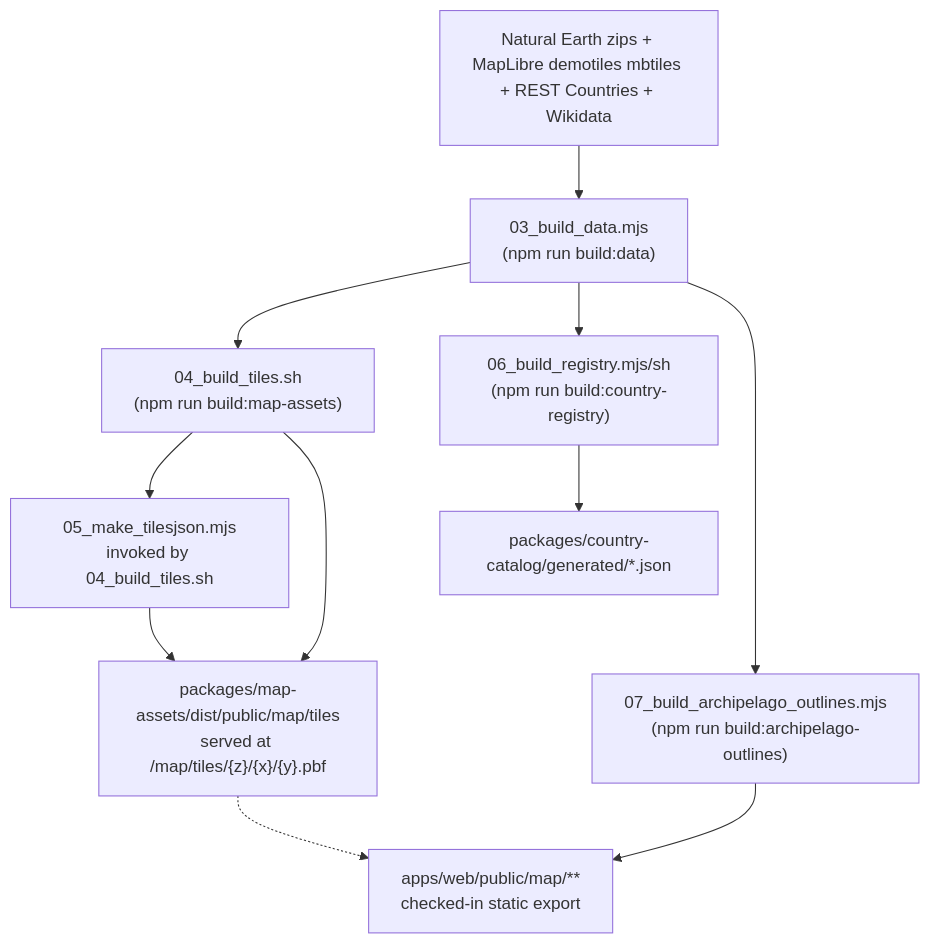
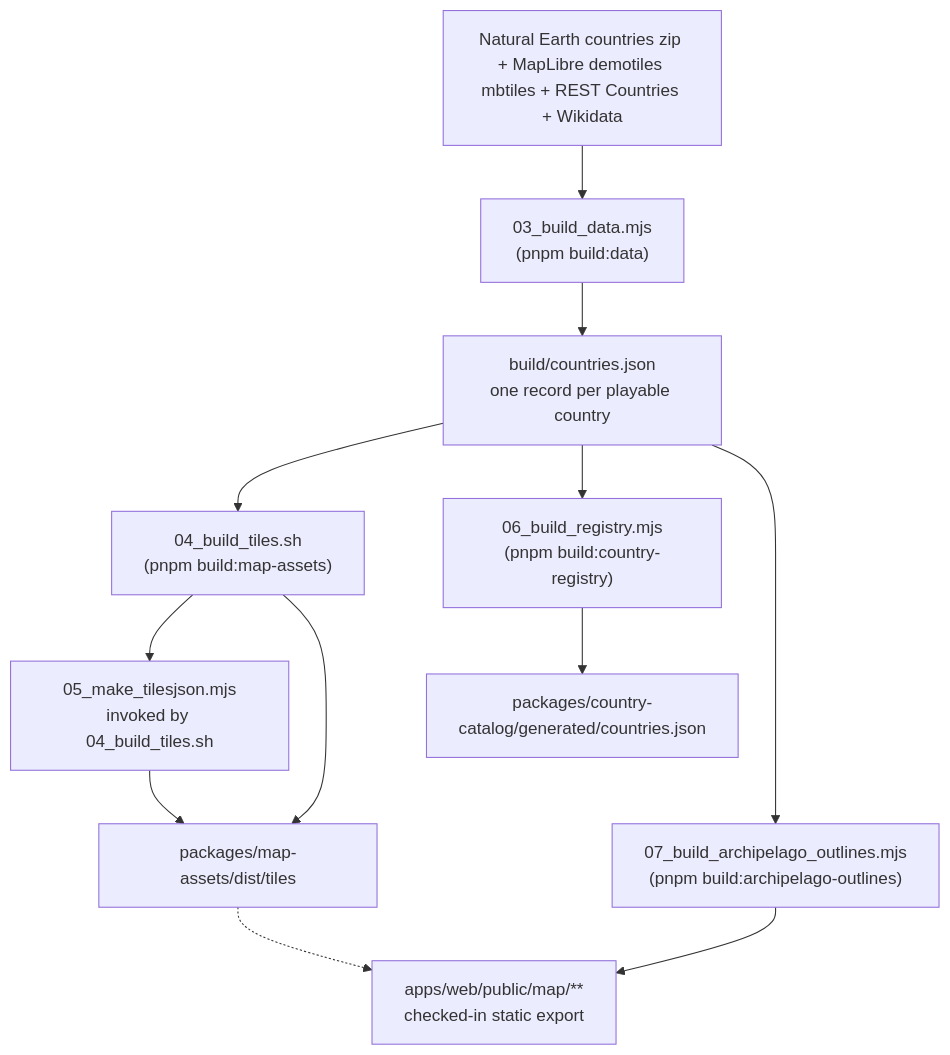
The diagram in docs/architecture/data-pipeline.md (atamuratov07/georally-game), drawn with Mermaid before and after one commit. The commit also changed other lines of this file and 3472 other files, not shown here.

Commit message:
feat(country-build): build one validated record per country with full names, map labels and currency symbols

````diff
--- a/docs/architecture/data-pipeline.md
+++ b/docs/architecture/data-pipeline.md
@@ -5,23 +5,25 @@
 ```mermaid
 graph TD
-    Upstream["Natural Earth zips + MapLibre demotiles mbtiles + REST Countries + Wikidata"]
-    BuildData["03_build_data.mjs<br/>(npm run build:data)"]
-    BuildTiles["04_build_tiles.sh<br/>(npm run build:map-assets)"]
+    Upstream["Natural Earth countries zip + MapLibre demotiles mbtiles + REST Countries + Wikidata"]
+    BuildData["03_build_data.mjs<br/>(pnpm build:data)"]
+    Countries["build/countries.json<br/>one record per playable country"]
+    BuildTiles["04_build_tiles.sh<br/>(pnpm build:map-assets)"]
     TileJson["05_make_tilesjson.mjs<br/>invoked by 04_build_tiles.sh"]
-    BuildRegistry["06_build_registry.mjs/sh<br/>(npm run build:country-registry)"]
-    CatalogJson["packages/country-catalog/generated/*.json"]
-    BuildOutlines["07_build_archipelago_outlines.mjs<br/>(npm run build:archipelago-outlines)"]
-    Assets["packages/map-assets/dist/public/map/tiles<br/>served at /map/tiles/{z}/{x}/{y}.pbf"]
+    BuildRegistry["06_build_registry.mjs<br/>(pnpm build:country-registry)"]
+    CatalogJson["packages/country-catalog/generated/countries.json"]
+    BuildOutlines["07_build_archipelago_outlines.mjs<br/>(pnpm build:archipelago-outlines)"]
+    Assets["packages/map-assets/dist/tiles"]
     WebMap["apps/web/public/map/**<br/>checked-in static export"]
 
     Upstream --> BuildData
-    BuildData --> BuildTiles
-    BuildData --> BuildRegistry
+    BuildData --> Countries
+    Countries --> BuildTiles
+    Countries --> BuildRegistry
+    Countries --> BuildOutlines
     BuildTiles --> TileJson
     BuildTiles --> Assets
     TileJson --> Assets
     Assets -.-> WebMap
     BuildRegistry --> CatalogJson
-    BuildData --> BuildOutlines
     BuildOutlines --> WebMap
 ```
````
